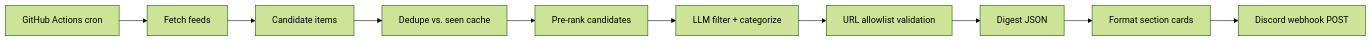
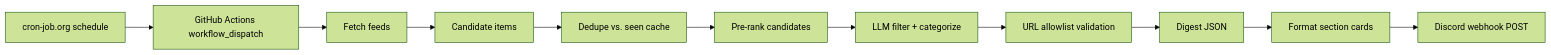
One commit to vuongj321/cache-me-up changed the diagram in docs/ARCHITECTURE.md. Above: the diagram before and after it, drawn with Mermaid (forest theme). The commit also changed other lines of this file and 2 other files, not shown here.

First line of the commit message:
docs: describe the cron-job.org schedule

````diff
--- a/docs/ARCHITECTURE.md
+++ b/docs/ARCHITECTURE.md
@@ -71,12 +71,13 @@
 ```mermaid
 flowchart LR
-  cron[GitHub Actions cron] --> fetch[Fetch feeds]
+  cron[cron-job.org schedule] --> dispatch[GitHub Actions workflow_dispatch]
+  dispatch --> fetch[Fetch feeds]
   fetch --> candidates[Candidate items]
   candidates --> dedupe[Dedupe vs. seen cache]
   dedupe --> rank[Pre-rank candidates]
   rank --> llm[LLM filter + categorize]
   llm --> validate[URL allowlist validation]
   validate --> digest[Digest JSON]
   digest --> format[Format section cards]
   format --> discord[Discord webhook POST]
 ```
````
